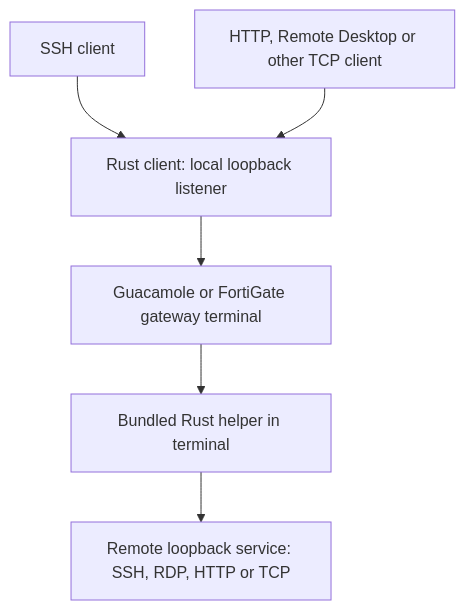
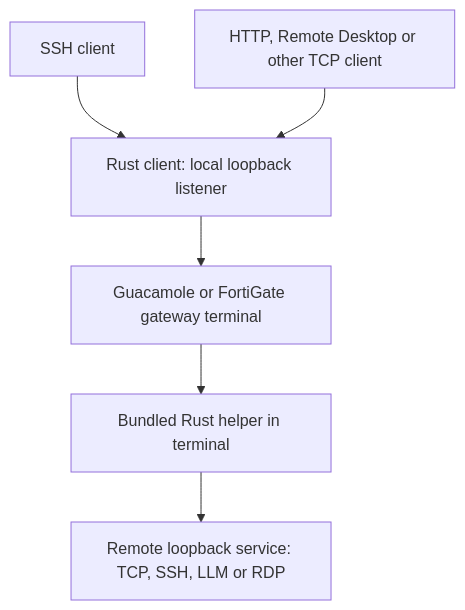
Before and after one commit to himbeles/guac-bridge: the first of 2 diagrams in docs/connections.md, drawn with Mermaid. The commit also changed other lines of this file and 23 other files, not shown here.

````diff
--- a/docs/connections.md
+++ b/docs/connections.md
@@ -3,8 +3,8 @@
 ```mermaid
 flowchart TD
     SSH["SSH client"] --> Local["Rust client: local loopback listener"]
     HTTP["HTTP, Remote Desktop or other TCP client"] --> Local
     Local --> Guac["Guacamole or FortiGate gateway terminal"]
     Guac --> Agent["Bundled Rust helper in terminal"]
-    Agent --> Service["Remote loopback service: SSH, RDP, HTTP or TCP"]
+    Agent --> Service["Remote loopback service: TCP, SSH, LLM or RDP"]
 ```
````
